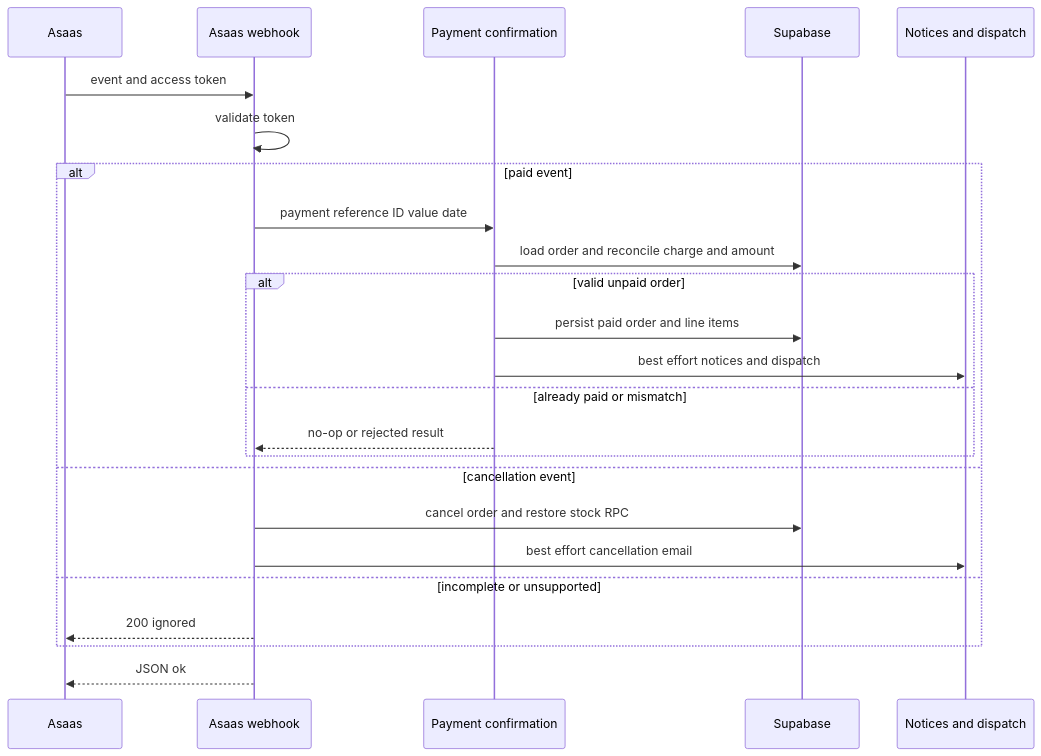
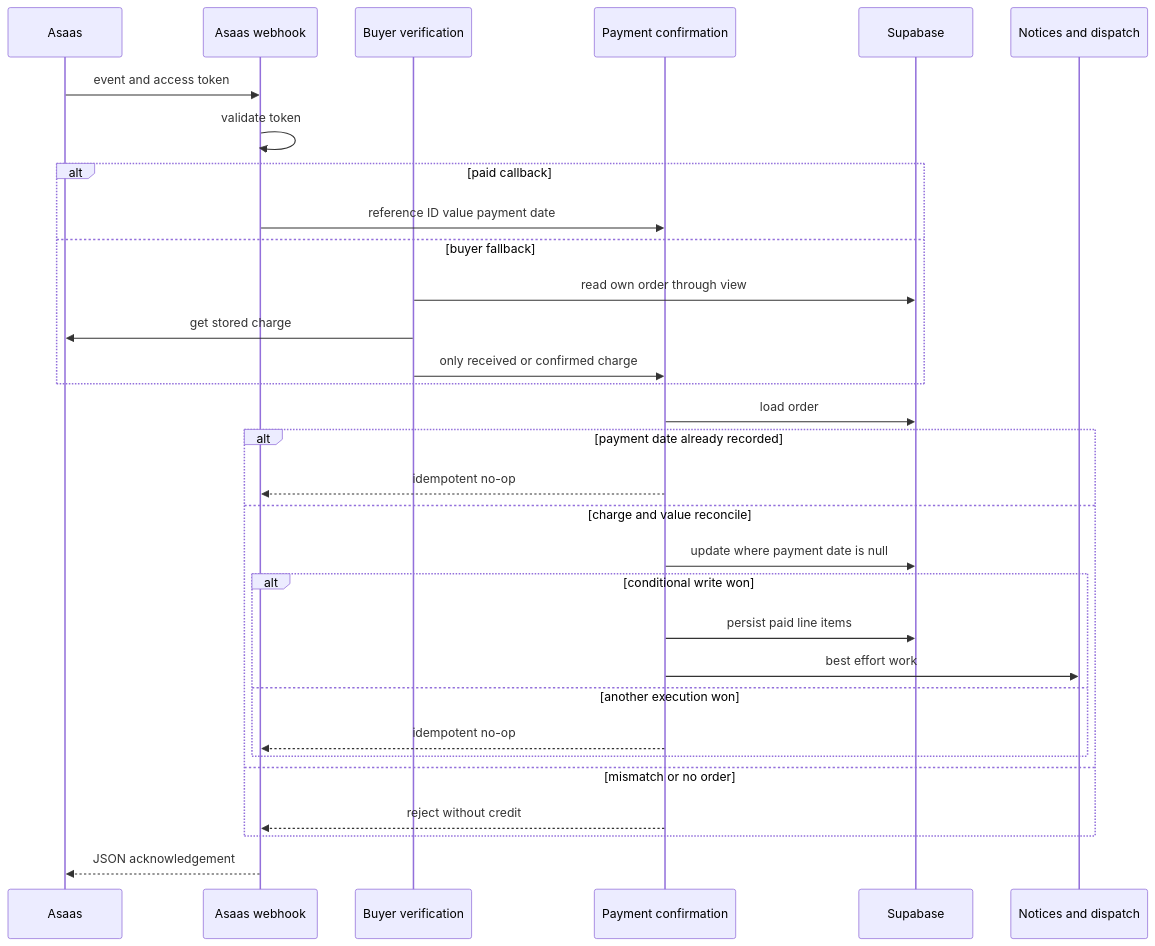
One commit to Schneider-Gr/industria24hIA changed the diagram in openwiki/integrations/external-services-and-webhooks.md. Above: the diagram before and after it, drawn with Mermaid. The commit also changed other lines of this file and 28 other files, not shown here.

````diff
--- a/openwiki/integrations/external-services-and-webhooks.md
+++ b/openwiki/integrations/external-services-and-webhooks.md
@@ -99,26 +100,33 @@
 ```mermaid
 sequenceDiagram
     participant Asaas
-    participant Hook as Asaas webhook
+    participant Webhook as Asaas webhook
+    participant Buyer as Buyer verification
     participant Confirm as Payment confirmation
     participant DB as Supabase
     participant Effects as Notices and dispatch
-    Asaas->>Hook: event and access token
-    Hook->>Hook: validate token
-    alt paid event
-        Hook->>Confirm: payment reference ID value date
-        Confirm->>DB: load order and reconcile charge and amount
-        alt valid unpaid order
-            Confirm->>DB: persist paid order and line items
-            Confirm->>Effects: best effort notices and dispatch
-        else already paid or mismatch
-            Confirm-->>Hook: no-op or rejected result
+    Asaas->>Webhook: event and access token
+    Webhook->>Webhook: validate token
+    alt paid callback
+        Webhook->>Confirm: reference ID value payment date
+    else buyer fallback
+        Buyer->>DB: read own order through view
+        Buyer->>Asaas: get stored charge
+        Buyer->>Confirm: only received or confirmed charge
+    end
+    Confirm->>DB: load order
+    alt payment date already recorded
+        Confirm-->>Webhook: idempotent no-op
+    else charge and value reconcile
+        Confirm->>DB: update where payment date is null
+        alt conditional write won
+            Confirm->>DB: persist paid line items
+            Confirm->>Effects: best effort work
+        else another execution won
+            Confirm-->>Webhook: idempotent no-op
         end
-    else cancellation event
-        Hook->>DB: cancel order and restore stock RPC
-        Hook->>Effects: best effort cancellation email
-    else incomplete or unsupported
-        Hook-->>Asaas: 200 ignored
+    else mismatch or no order
+        Confirm-->>Webhook: reject without credit
     end
-    Hook-->>Asaas: JSON ok
+    Webhook-->>Asaas: JSON acknowledgement
 ```
````
